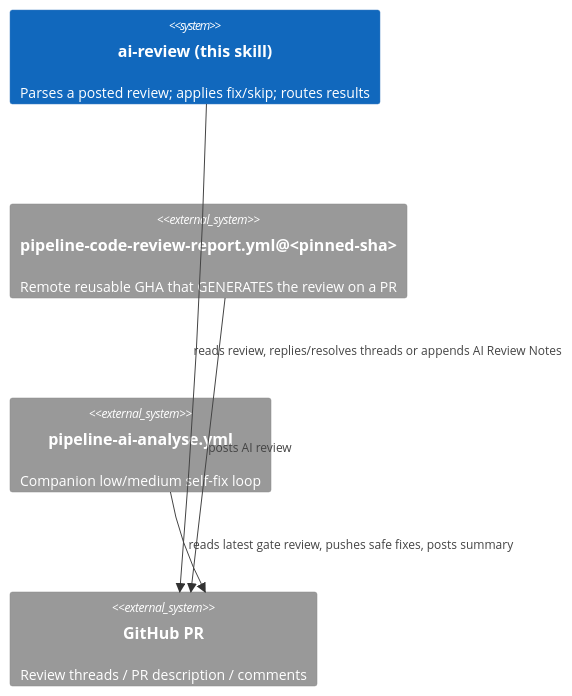
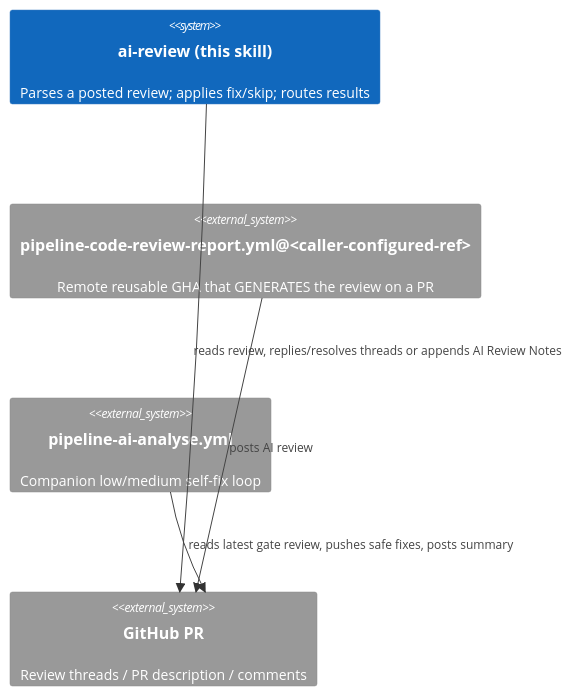
The diagram in .agents/skills/ai-review/AGENTS.md (generic-automation-and-it/smooth-ai-stockanalysis), drawn with Mermaid before and after one commit. The commit also changed other lines of this file, not shown here.

Commit message:
chore: resolve ai-review workflow merge with main

````diff
--- a/.agents/skills/ai-review/AGENTS.md
+++ b/.agents/skills/ai-review/AGENTS.md
@@ -15,10 +15,10 @@
 ```mermaid
 C4Context
   System(consumer, "ai-review (this skill)", "Parses a posted review; applies fix/skip; routes results")
-  System_Ext(gha, "pipeline-code-review-report.yml@<pinned-sha>", "Remote reusable GHA that GENERATES the review on a PR")
+  System_Ext(gha, "pipeline-code-review-report.yml@<caller-configured-ref>", "Remote reusable GHA that GENERATES the review on a PR")
   System_Ext(analyse, "pipeline-ai-analyse.yml", "Companion low/medium self-fix loop")
   System_Ext(gh, "GitHub PR", "Review threads / PR description / comments")
   Rel(gha, gh, "posts AI review")
   Rel(analyse, gh, "reads latest gate review, pushes safe fixes, posts summary")
   Rel(consumer, gh, "reads review, replies/resolves threads or appends AI Review Notes")
 ```
````
